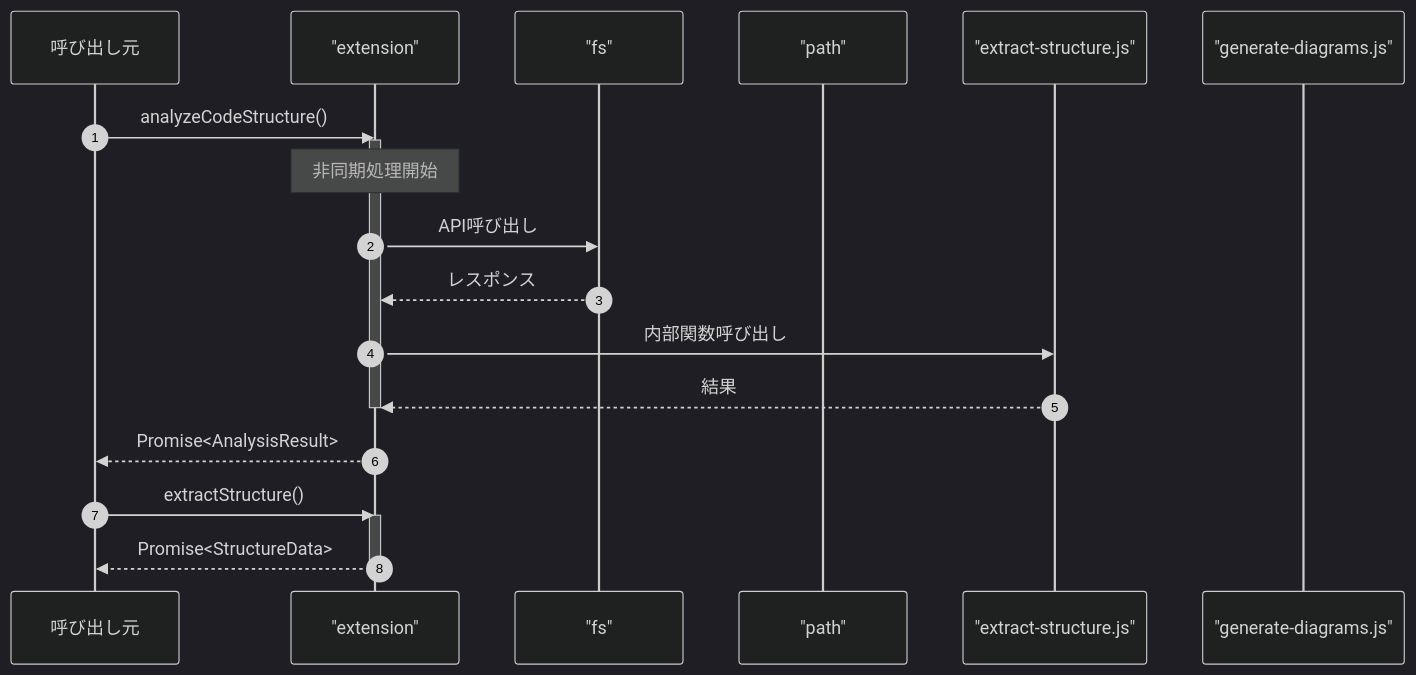
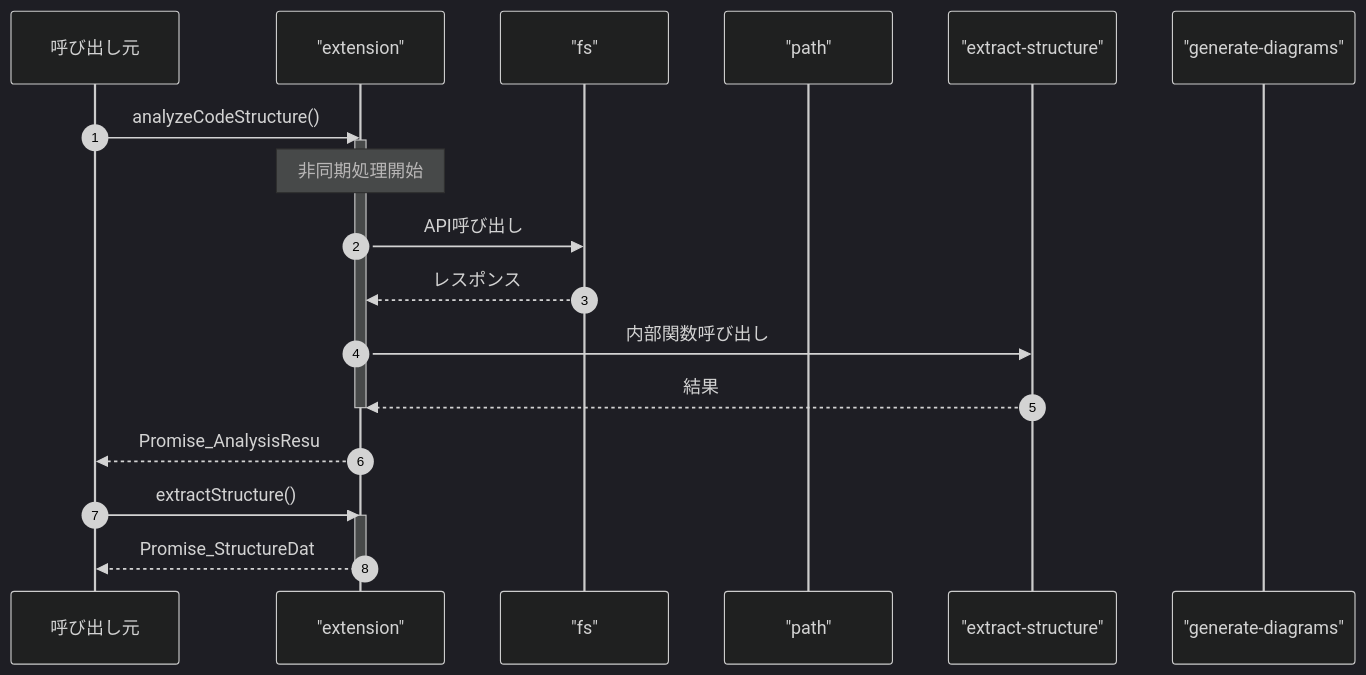
The fourth of 4 diagrams in ABDD/.pi/extensions/code-structure-analyzer/extension.md (Mekann2904/mekann), drawn with Mermaid (dark theme) before and after one commit. The commit also changed other lines of this file and 174 other files, not shown here.

First line of the commit message:
fix(docs): ABDDのMermaid図生成エラーを修正する

````diff
--- a/ABDD/.pi/extensions/code-structure-analyzer/extension.md
+++ b/ABDD/.pi/extensions/code-structure-analyzer/extension.md
@@ -95,25 +95,25 @@
 ```mermaid
 sequenceDiagram
   autonumber
   participant Caller as 呼び出し元
   participant extension as "extension"
   participant fs as "fs"
   participant path as "path"
-  participant extract_structure_js as "extract-structure.js"
-  participant generate_diagrams_js as "generate-diagrams.js"
+  participant extract_structure as "extract-structure"
+  participant generate_diagrams as "generate-diagrams"
 
   Caller->>extension: analyzeCodeStructure()
   activate extension
   Note over extension: 非同期処理開始
   extension->>fs: API呼び出し
   fs-->>extension: レスポンス
-  extension->>extract_structure_js: 内部関数呼び出し
-  extract_structure_js-->>extension: 結果
+  extension->>extract_structure: 内部関数呼び出し
+  extract_structure-->>extension: 結果
   deactivate extension
-  extension-->>Caller: Promise<AnalysisResult>
+  extension-->>Caller: Promise_AnalysisResu
 
   Caller->>extension: extractStructure()
   activate extension
-  extension-->>Caller: Promise<StructureData>
+  extension-->>Caller: Promise_StructureDat
   deactivate extension
 ```
````
